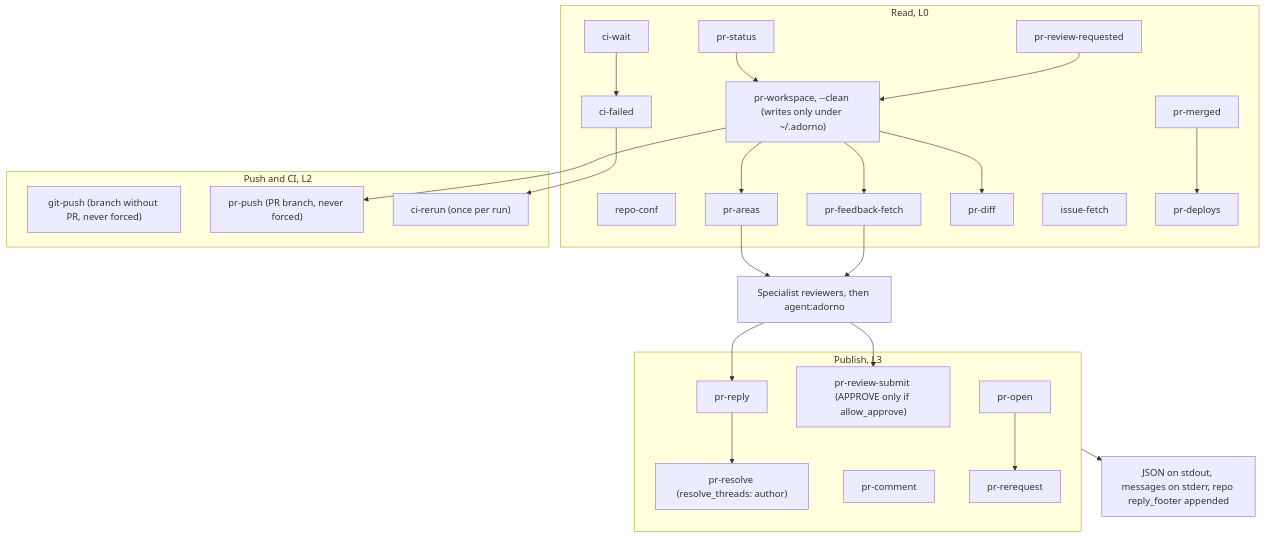
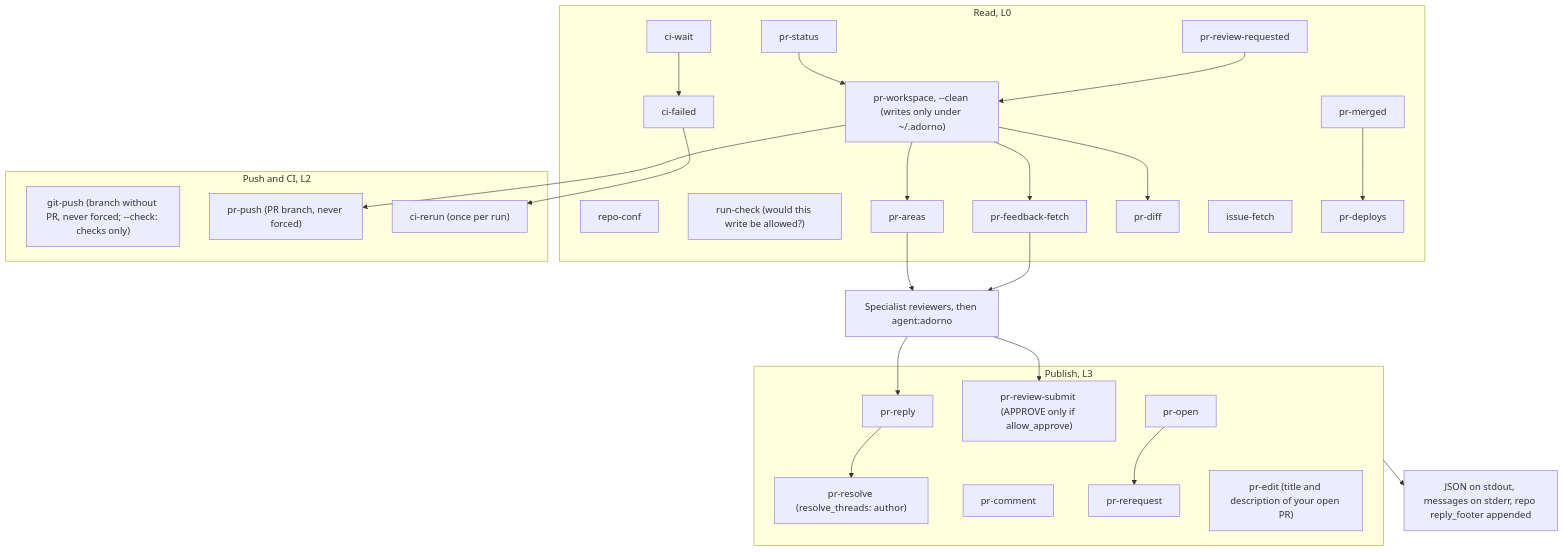
The second of 2 diagrams in src/skills/adorno-github/SCHEMA.md (nicolasmondain/adorno), drawn with Mermaid before and after one commit. The commit also changed 22 other files, not shown here.

First line of the commit message:
feat(github): add pr-edit, run-check and git-push --check

````diff
--- a/src/skills/adorno-github/SCHEMA.md
+++ b/src/skills/adorno-github/SCHEMA.md
@@ -31,46 +31,48 @@
 ```mermaid
 flowchart TD
   subgraph L0["Read, L0"]
     RC["repo-conf"]
+    RCK["run-check (would this write be allowed?)"]
     PS["pr-status"]
     PRR["pr-review-requested"]
     PFF["pr-feedback-fetch"]
     PW["pr-workspace, --clean (writes only under ~/.adorno)"]
     PA["pr-areas"]
     PD["pr-diff"]
     IF["issue-fetch"]
     PM["pr-merged"]
     PDP["pr-deploys"]
     CW["ci-wait"]
     CF["ci-failed"]
   end
   subgraph L2["Push and CI, L2"]
-    GP["git-push (branch without PR, never forced)"]
+    GP["git-push (branch without PR, never forced; --check: checks only)"]
     PP["pr-push (PR branch, never forced)"]
     CR["ci-rerun (once per run)"]
   end
   subgraph L3["Publish, L3"]
     PRP["pr-reply"]
     PRS["pr-resolve (resolve_threads: author)"]
     PC["pr-comment"]
     PRV["pr-review-submit (APPROVE only if allow_approve)"]
     PRQ["pr-rerequest"]
     PO["pr-open"]
+    PE["pr-edit (title and description of your open PR)"]
   end
   PS --> PW
   PRR --> PW
   PW --> PA
   PW --> PD
   PW --> PFF
   PA --> RV["Specialist reviewers, then agent:adorno"]
   PFF --> RV
   RV --> PRP
   RV --> PRV
   PRP --> PRS
   PW --> PP
   CF --> CR
   CW --> CF
   PO --> PRQ
   PM --> PDP
   L3 --> OUT["JSON on stdout, messages on stderr, repo reply_footer appended"]
 ```
````
